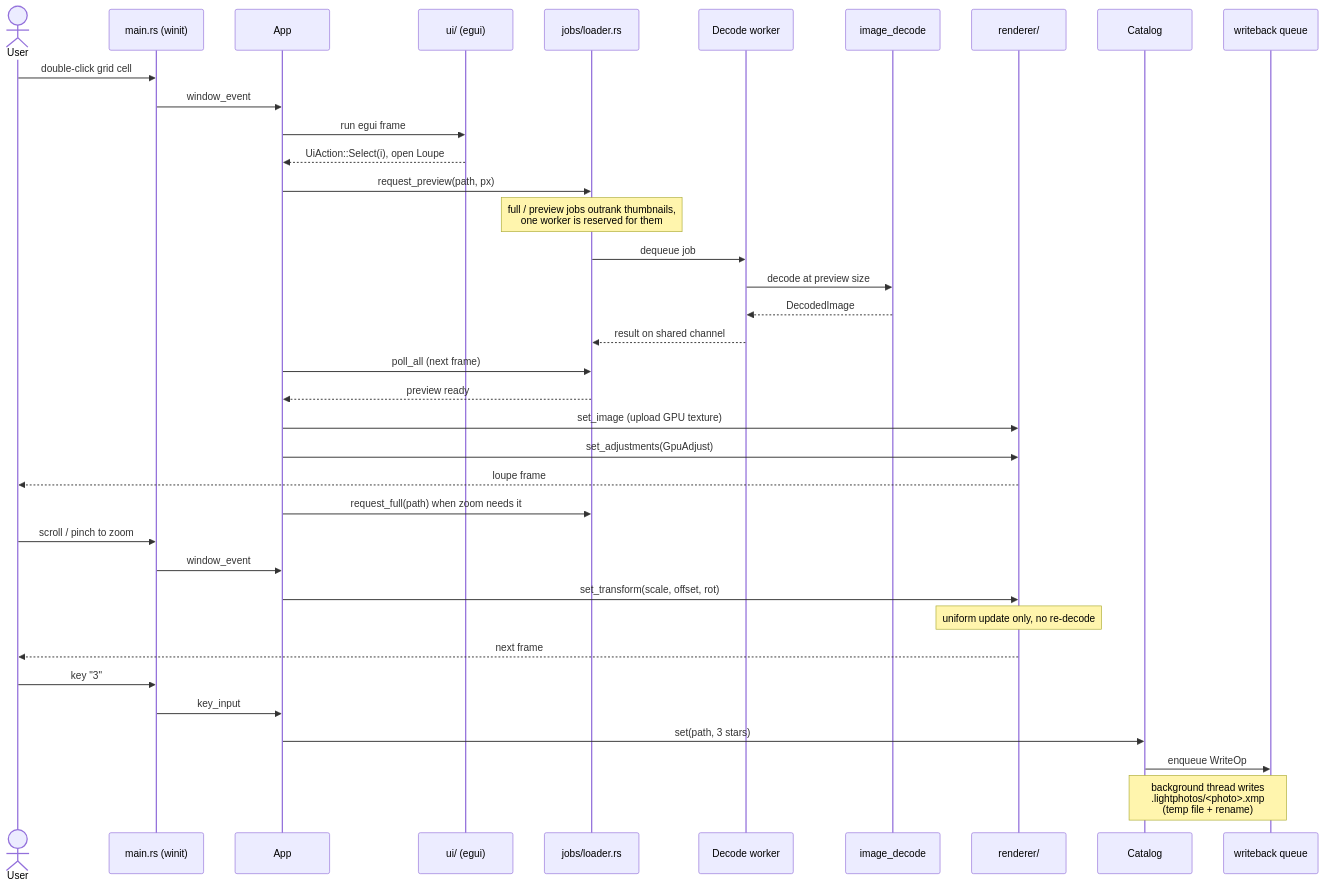
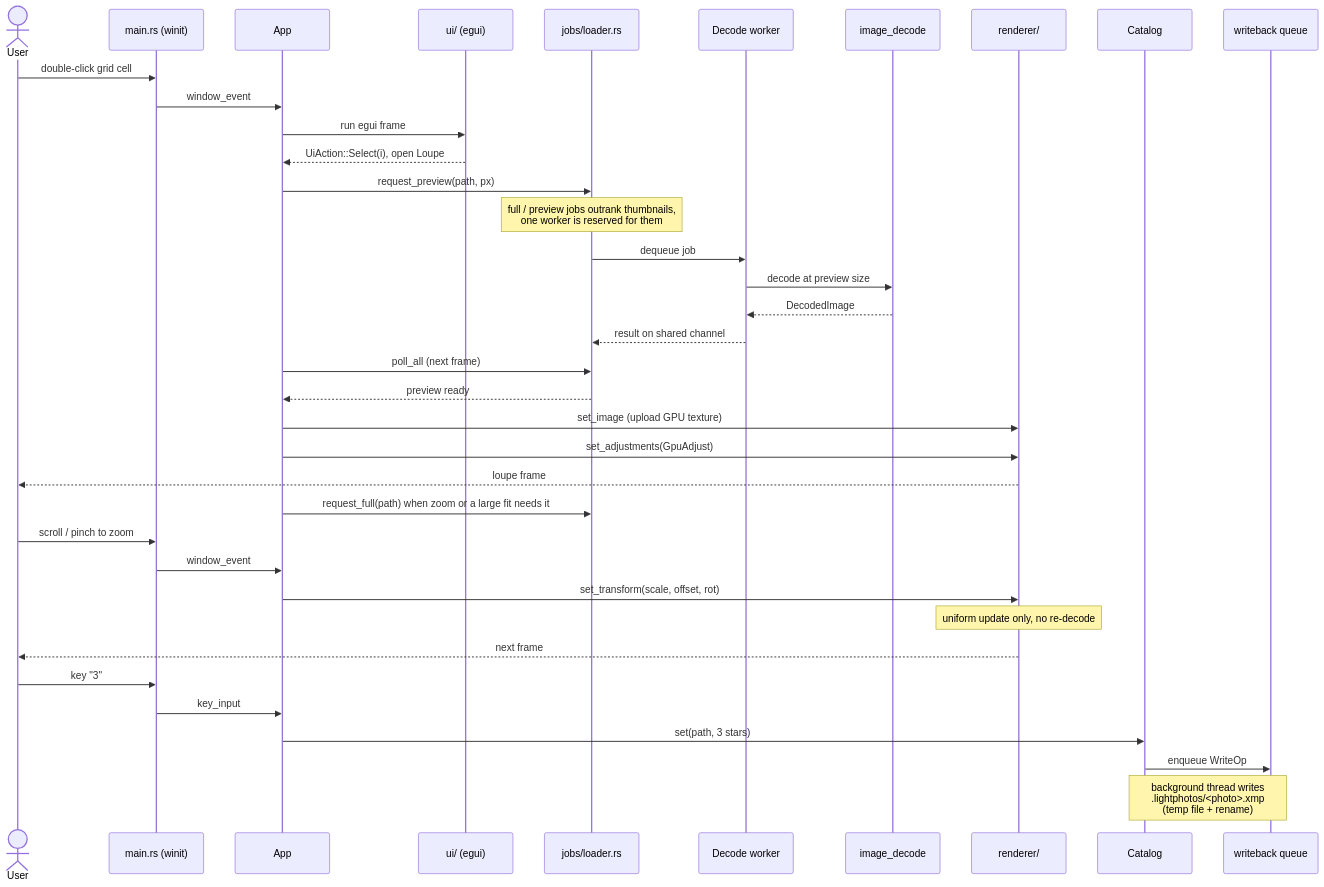
The second of 2 diagrams in docs/SYSTEM_DIAGRAM.md (andrewyao/lightphotos), drawn with Mermaid before and after one commit. The commit also changed 19 other files, not shown here.

First line of the commit message:
feat(loupe): Decode full resolution only when it adds detail; show decode tier

````diff
--- a/docs/SYSTEM_DIAGRAM.md
+++ b/docs/SYSTEM_DIAGRAM.md
@@ -181,42 +181,42 @@
 ```mermaid
 sequenceDiagram
     actor U as User
     participant M as main.rs (winit)
     participant A as App
     participant UI as ui/ (egui)
     participant L as jobs/loader.rs
     participant W as Decode worker
     participant D as image_decode
     participant R as renderer/
     participant C as Catalog
     participant Q as writeback queue
 
     U->>M: double-click grid cell
     M->>A: window_event
     A->>UI: run egui frame
     UI-->>A: UiAction::Select(i), open Loupe
     A->>L: request_preview(path, px)
     Note over L: full / preview jobs outrank thumbnails,<br/>one worker is reserved for them
     L->>W: dequeue job
     W->>D: decode at preview size
     D-->>W: DecodedImage
     W-->>L: result on shared channel
     A->>L: poll_all (next frame)
     L-->>A: preview ready
     A->>R: set_image (upload GPU texture)
     A->>R: set_adjustments(GpuAdjust)
     R-->>U: loupe frame
-    A->>L: request_full(path) when zoom needs it
+    A->>L: request_full(path) when zoom or a large fit needs it
 
     U->>M: scroll / pinch to zoom
     M->>A: window_event
     A->>R: set_transform(scale, offset, rot)
     Note over R: uniform update only, no re-decode
     R-->>U: next frame
 
     U->>M: key "3"
     M->>A: key_input
     A->>C: set(path, 3 stars)
     C->>Q: enqueue WriteOp
     Note over C,Q: background thread writes<br/>.lightphotos/<photo>.xmp<br/>(temp file + rename)
 ```
````
